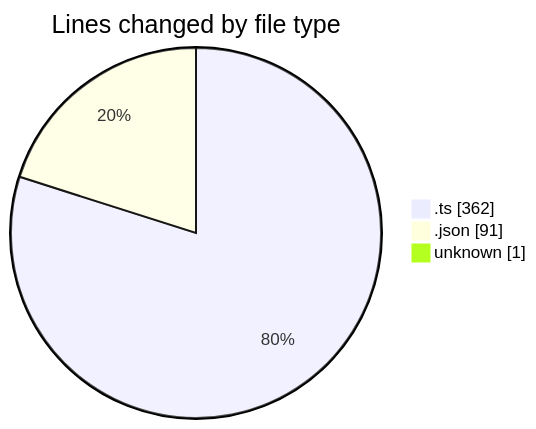
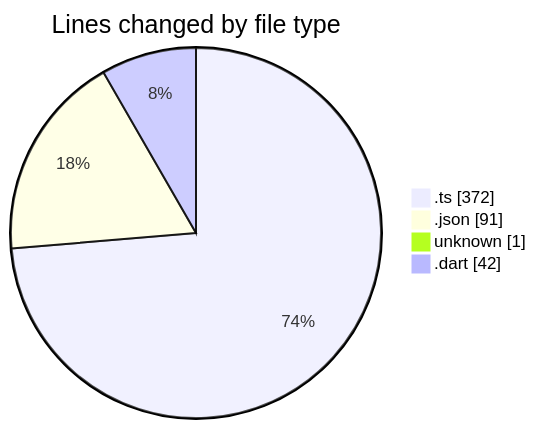
One commit to donsfak/code-tracking changed the first of 2 diagrams in 2025-02-08/maps_clone/README.md. Above: the diagram before and after it, drawn with Mermaid. The commit also changed other lines of this file and 1 other file, not shown here.

````diff
--- a/2025-02-08/maps_clone/README.md
+++ b/2025-02-08/maps_clone/README.md
@@ -22,7 +23,8 @@
 ```mermaid
 pie showData
 title Lines changed by file type
-".ts" : 362
+".ts" : 372
 ".json" : 91
 "unknown" : 1
+".dart" : 42
 ```
````
